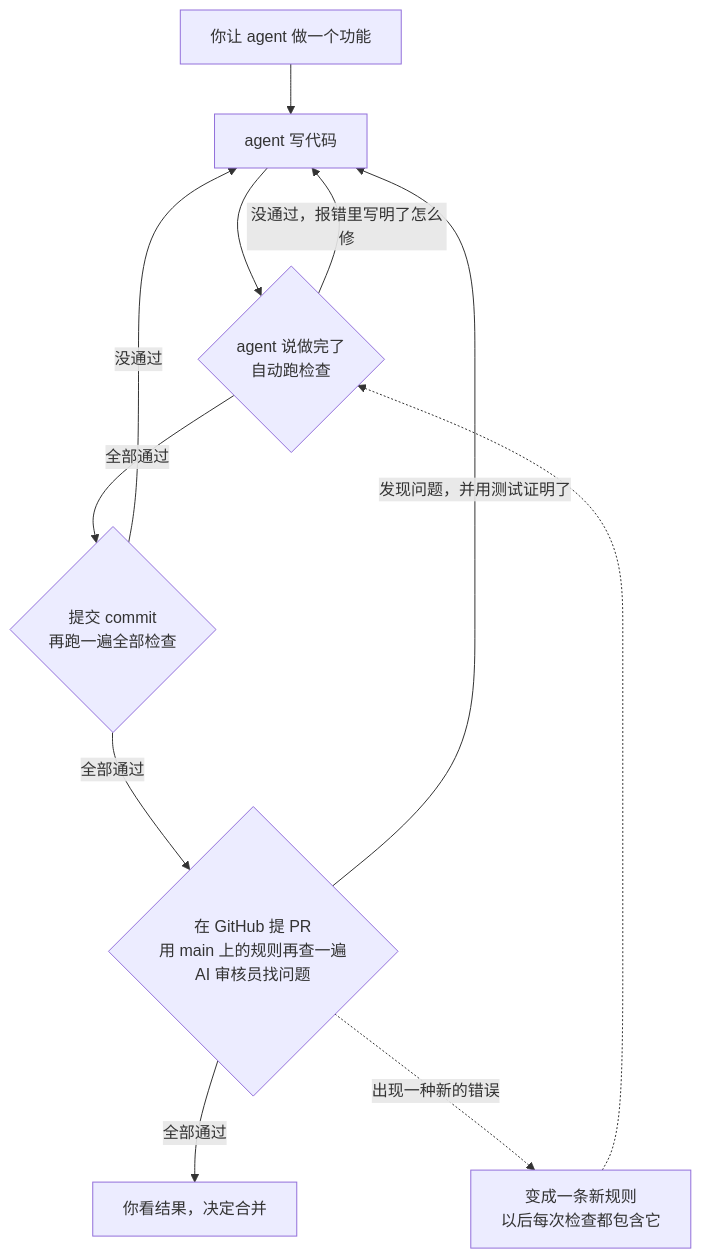
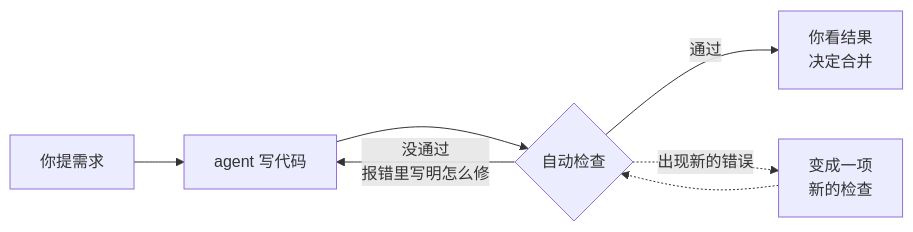
One commit to Tim-rppl/trust-pyramid changed the diagram in README.zh-CN.md. Above: the diagram before and after it, drawn with Mermaid. The commit also changed other lines of this file and 1 other file, not shown here.

Commit message:
README: simpler, left-to-right flowchart

````diff
--- a/README.zh-CN.md
+++ b/README.zh-CN.md
@@ -104,13 +104,9 @@
 ```mermaid
-flowchart TD
-    A["你让 agent 做一个功能"] --> B["agent 写代码"]
-    B --> C{"agent 说做完了<br/>自动跑检查"}
-    C -- "没通过，报错里写明了怎么修" --> B
-    C -- "全部通过" --> D{"提交 commit<br/>再跑一遍全部检查"}
-    D -- "没通过" --> B
-    D -- "全部通过" --> E{"在 GitHub 提 PR<br/>用 main 上的规则再查一遍<br/>AI 审核员找问题"}
-    E -- "发现问题，并用测试证明了" --> B
-    E -- "全部通过" --> F["你看结果，决定合并"]
-    E -. "出现一种新的错误" .-> G["变成一条新规则<br/>以后每次检查都包含它"]
-    G -.-> C
+flowchart LR
+    A["你提需求"] --> B["agent 写代码"]
+    B --> C{"自动检查"}
+    C -- "没通过<br/>报错里写明怎么修" --> B
+    C -- "通过" --> D["你看结果<br/>决定合并"]
+    C -. "出现新的错误" .-> E["变成一项<br/>新的检查"]
+    E -.-> C
 ```
````
